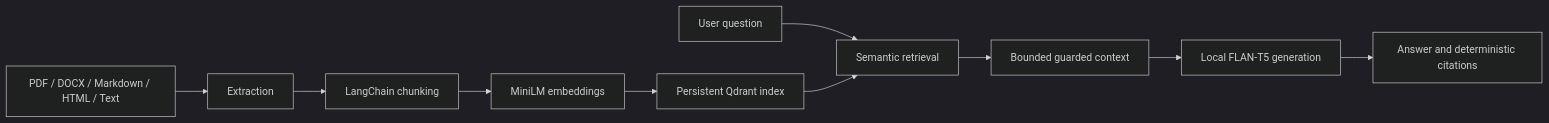
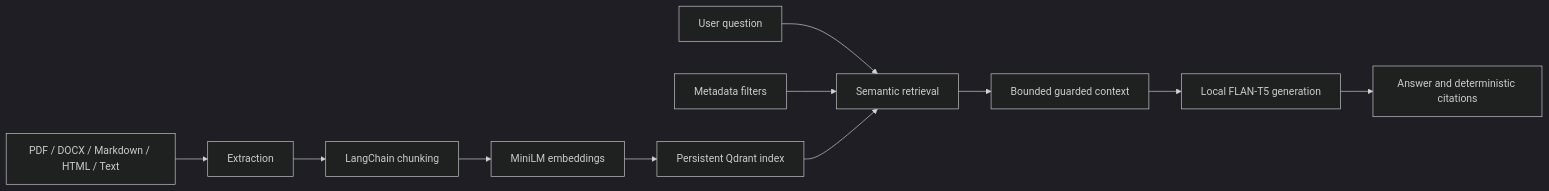
One commit to Mojobra/rag-pipeline changed the diagram in README.md. Above: the diagram before and after it, drawn with Mermaid (dark theme). The commit also changed other lines of this file and 4 other files, not shown here.

````diff
--- a/README.md
+++ b/README.md
@@ -35,12 +36,13 @@
 ```mermaid
 flowchart LR
     A["PDF / DOCX / Markdown / HTML / Text"] --> B["Extraction"]
     B --> C["LangChain chunking"]
     C --> D["MiniLM embeddings"]
     D --> E["Persistent Qdrant index"]
     Q["User question"] --> F["Semantic retrieval"]
+    M["Metadata filters"] --> F
     E --> F
     F --> G["Bounded guarded context"]
     G --> H["Local FLAN-T5 generation"]
     H --> I["Answer and deterministic citations"]
 ```
````
